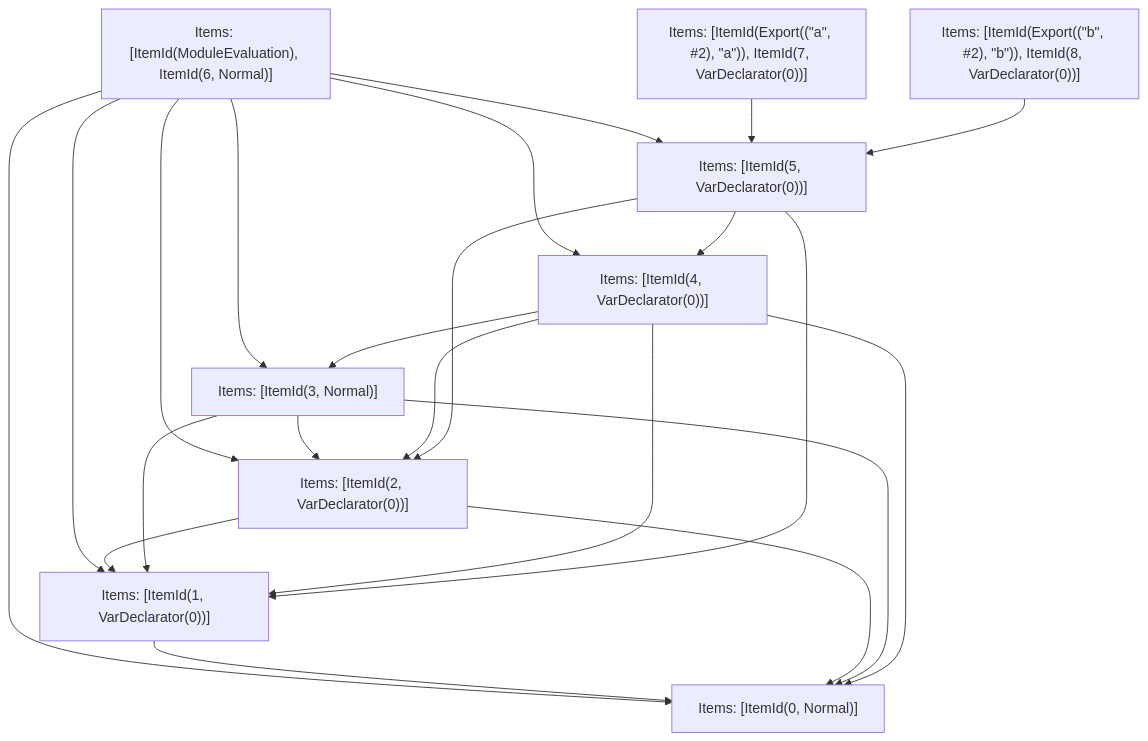
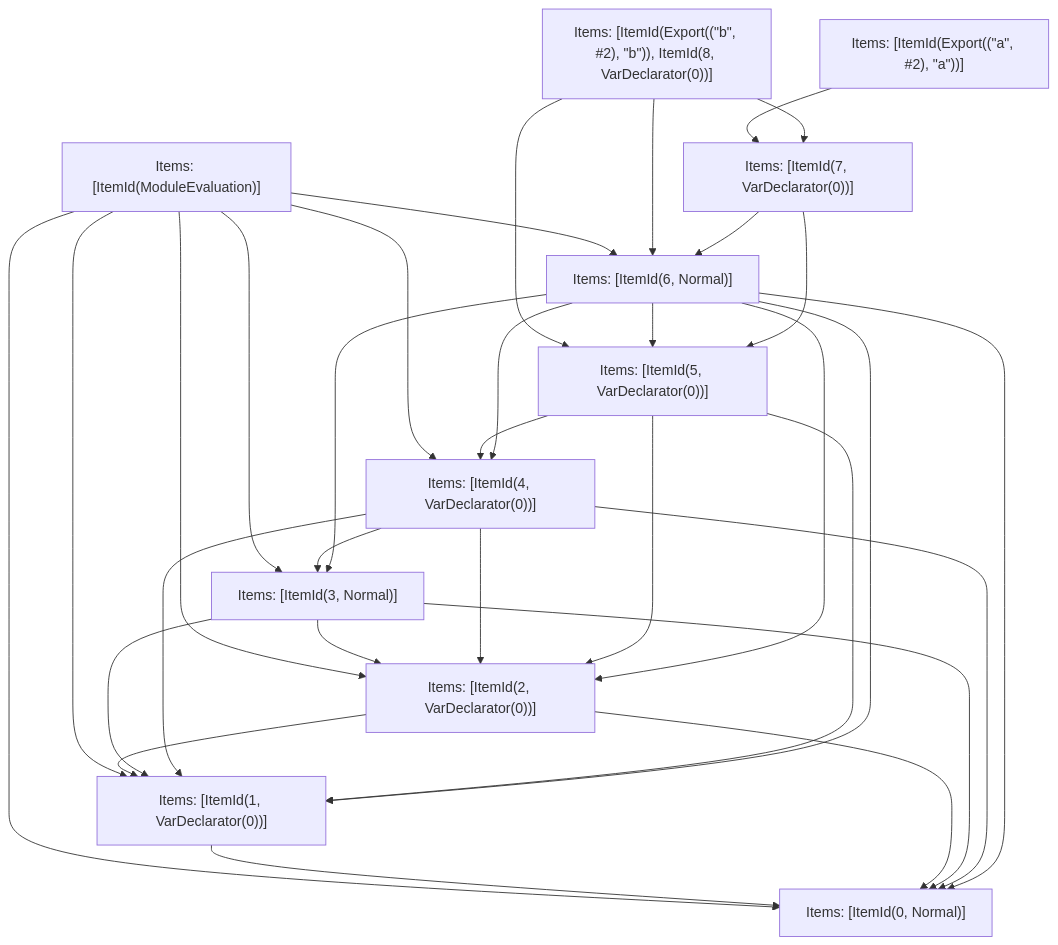
One commit to vercel/turborepo changed the fifth of 5 diagrams in crates/turbopack-ecmascript/tests/tree-shaker/analyzer/shared-and-side-effects/output.md. Above: the diagram before and after it, drawn with Mermaid. The commit also changed other lines of this file and 5 other files, not shown here.

````diff
--- a/crates/turbopack-ecmascript/tests/tree-shaker/analyzer/shared-and-side-effects/output.md
+++ b/crates/turbopack-ecmascript/tests/tree-shaker/analyzer/shared-and-side-effects/output.md
@@ -261,33 +270,45 @@
 ```mermaid
 graph TD
-    N0["Items: [ItemId(ModuleEvaluation), ItemId(6, Normal)]"];
-    N1["Items: [ItemId(Export((&quot;a&quot;, #2), &quot;a&quot;)), ItemId(7, VarDeclarator(0))]"];
+    N0["Items: [ItemId(ModuleEvaluation)]"];
+    N1["Items: [ItemId(Export((&quot;a&quot;, #2), &quot;a&quot;))]"];
     N2["Items: [ItemId(Export((&quot;b&quot;, #2), &quot;b&quot;)), ItemId(8, VarDeclarator(0))]"];
     N3["Items: [ItemId(0, Normal)]"];
     N4["Items: [ItemId(1, VarDeclarator(0))]"];
     N5["Items: [ItemId(2, VarDeclarator(0))]"];
     N6["Items: [ItemId(3, Normal)]"];
     N7["Items: [ItemId(4, VarDeclarator(0))]"];
     N8["Items: [ItemId(5, VarDeclarator(0))]"];
+    N9["Items: [ItemId(6, Normal)]"];
+    N10["Items: [ItemId(7, VarDeclarator(0))]"];
     N0 --> N3;
     N0 --> N4;
     N0 --> N5;
     N0 --> N6;
     N0 --> N7;
-    N0 --> N8;
-    N1 --> N8;
+    N0 --> N9;
+    N1 --> N10;
     N2 --> N8;
+    N2 --> N10;
+    N2 --> N9;
     N4 --> N3;
     N5 --> N3;
     N5 --> N4;
     N6 --> N3;
     N6 --> N4;
     N6 --> N5;
     N7 --> N3;
     N7 --> N4;
     N7 --> N5;
     N7 --> N6;
     N8 --> N4;
     N8 --> N5;
     N8 --> N7;
+    N9 --> N8;
+    N9 --> N3;
+    N9 --> N4;
+    N9 --> N5;
+    N9 --> N6;
+    N9 --> N7;
+    N10 --> N8;
+    N10 --> N9;
 ```
````
